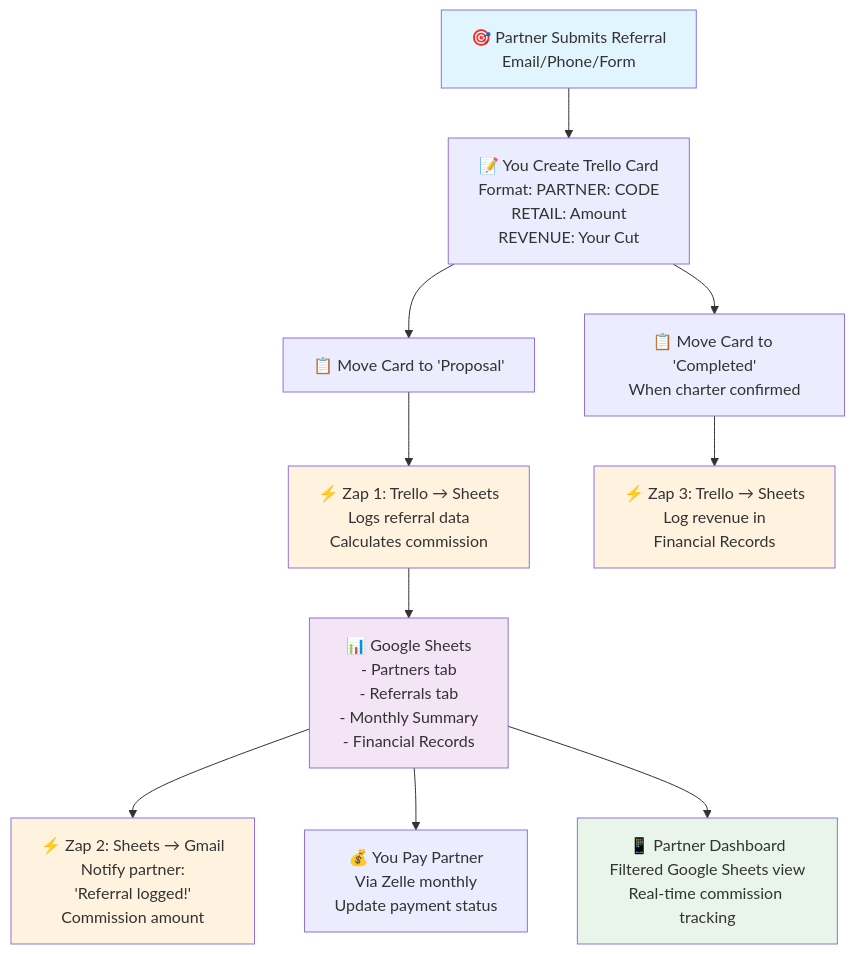
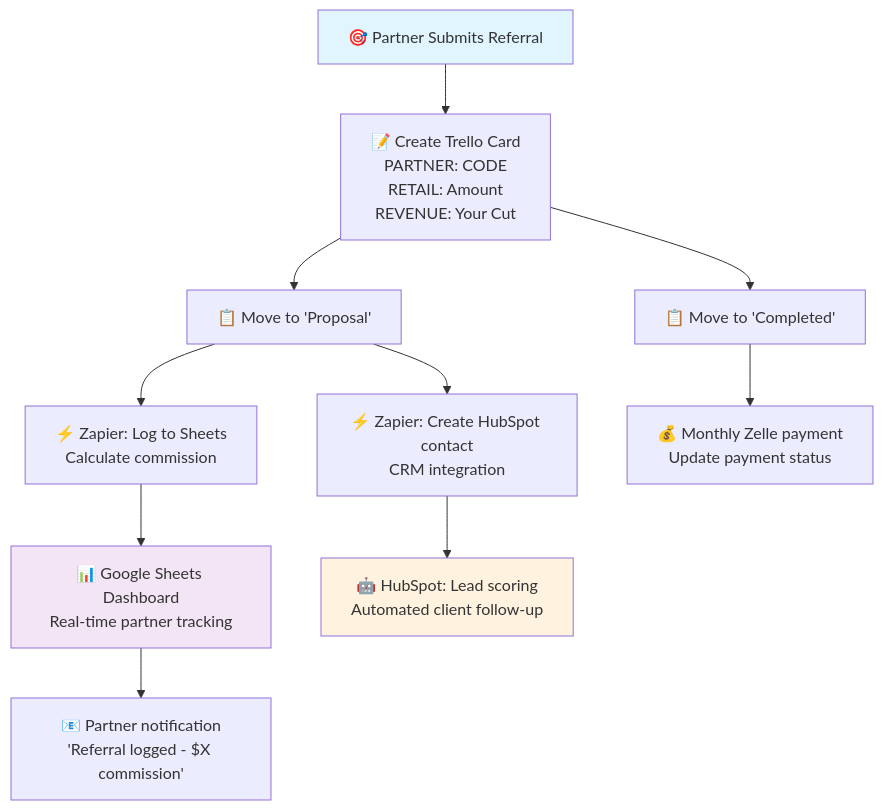
One commit to szemkoff/azurecharters changed the diagram in docs/integration/referral-system-overview.md. Above: the diagram before and after it, drawn with Mermaid. The commit also changed other lines of this file and 8 other files, not shown here.

````diff
--- a/docs/integration/referral-system-overview.md
+++ b/docs/integration/referral-system-overview.md
@@ -84,25 +81,20 @@
 ```mermaid
 graph TD
-    A["🎯 Partner Submits Referral<br/>Email/Phone/Form"] --> B["📝 You Create Trello Card<br/>Format: PARTNER: CODE<br/>RETAIL: Amount<br/>REVENUE: Your Cut"]
+    A["🎯 Partner Submits Referral"] --> B["📝 Create Trello Card<br/>PARTNER: CODE<br/>RETAIL: Amount<br/>REVENUE: Your Cut"]
     
-    B --> C["📋 Move Card to 'Proposal'"]
-    C --> D["⚡ Zap 1: Trello → Sheets<br/>Logs referral data<br/>Calculates commission"]
+    B --> C["📋 Move to 'Proposal'"]
+    C --> D["⚡ Zapier: Log to Sheets<br/>Calculate commission"]
+    C --> E["⚡ Zapier: Create HubSpot contact<br/>CRM integration"]
     
-    D --> E["📊 Google Sheets<br/>- Partners tab<br/>- Referrals tab<br/>- Monthly Summary<br/>- Financial Records"]
+    D --> F["📊 Google Sheets Dashboard<br/>Real-time partner tracking"]
+    E --> G["🤖 HubSpot: Lead scoring<br/>Automated client follow-up"]
     
-    E --> F["⚡ Zap 2: Sheets → Gmail<br/>Notify partner:<br/>'Referral logged!'<br/>Commission amount"]
+    F --> H["📧 Partner notification<br/>'Referral logged - $X commission'"]
     
-    B --> G["📋 Move Card to 'Completed'<br/>When charter confirmed"]
-    G --> H["⚡ Zap 3: Trello → Sheets<br/>Log revenue in<br/>Financial Records"]
-    
-    E --> I["💰 You Pay Partner<br/>Via Zelle monthly<br/>Update payment status"]
-    
-    E --> J["📱 Partner Dashboard<br/>Filtered Google Sheets view<br/>Real-time commission tracking"]
+    B --> I["📋 Move to 'Completed'"]
+    I --> J["💰 Monthly Zelle payment<br/>Update payment status"]
     
     style A fill:#e1f5fe
-    style E fill:#f3e5f5
-    style J fill:#e8f5e8
-    style D fill:#fff3e0
-    style F fill:#fff3e0
-    style H fill:#fff3e0
+    style F fill:#f3e5f5
+    style G fill:#fff3e0
 ```
````
